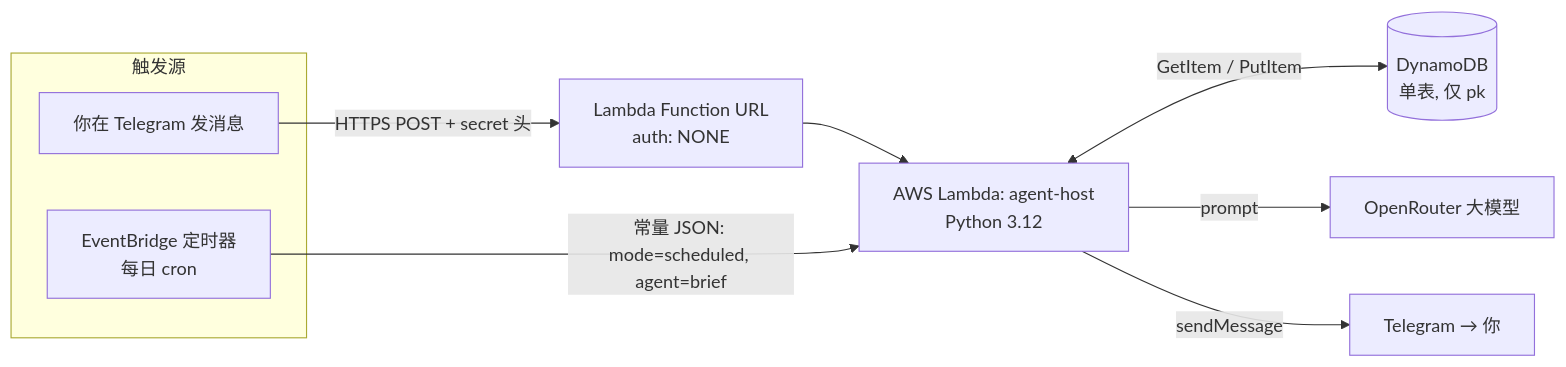
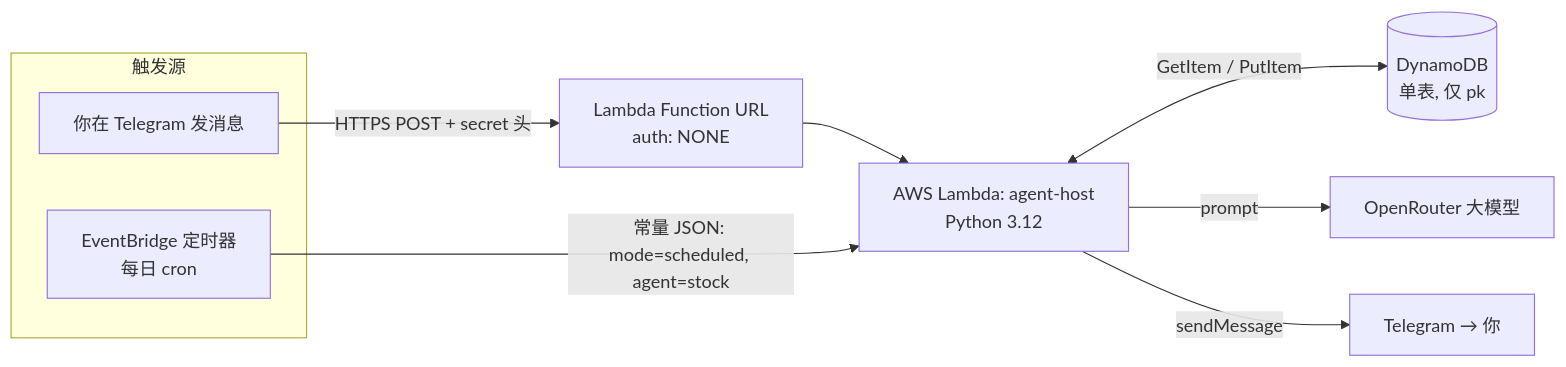
The first of 2 diagrams in README.zh.md (feifeifeifeifeifeifei/agent-host), drawn with Mermaid before and after one commit. The commit also changed other lines of this file and 1 other file, not shown here.

First line of the commit message:
docs: sync READMEs to reality — StockAgent live, BriefAgent is a scaffold

````diff
--- a/README.zh.md
+++ b/README.zh.md
@@ -37,13 +37,13 @@
 ```mermaid
 flowchart LR
     subgraph 触发源
       TG[你在 Telegram 发消息]
       EB[EventBridge 定时器<br/>每日 cron]
     end
     TG -->|HTTPS POST + secret 头| FU[Lambda Function URL<br/>auth: NONE]
     FU --> L[AWS Lambda: agent-host<br/>Python 3.12]
-    EB -->|常量 JSON: mode=scheduled, agent=brief| L
+    EB -->|常量 JSON: mode=scheduled, agent=stock| L
     L <-->|GetItem / PutItem| D[(DynamoDB<br/>单表, 仅 pk)]
     L -->|prompt| OR[OpenRouter 大模型]
     L -->|sendMessage| OUT[Telegram → 你]
 ```
````
